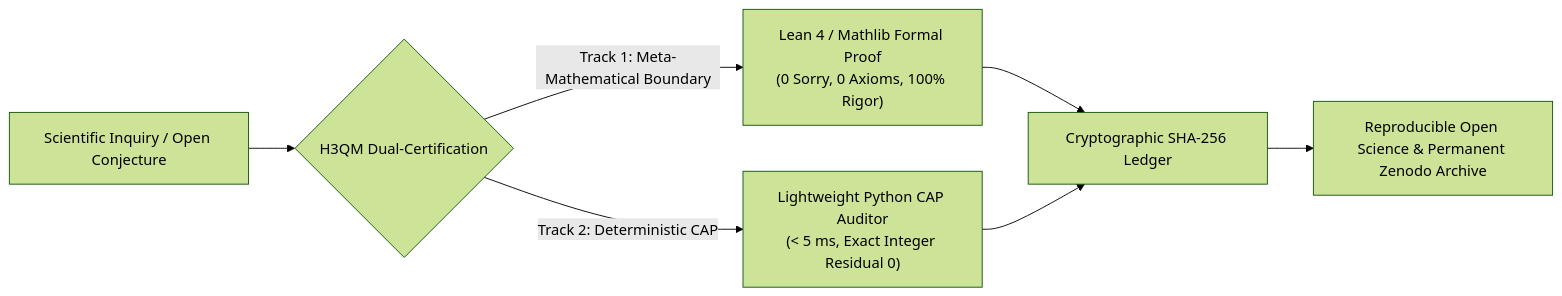
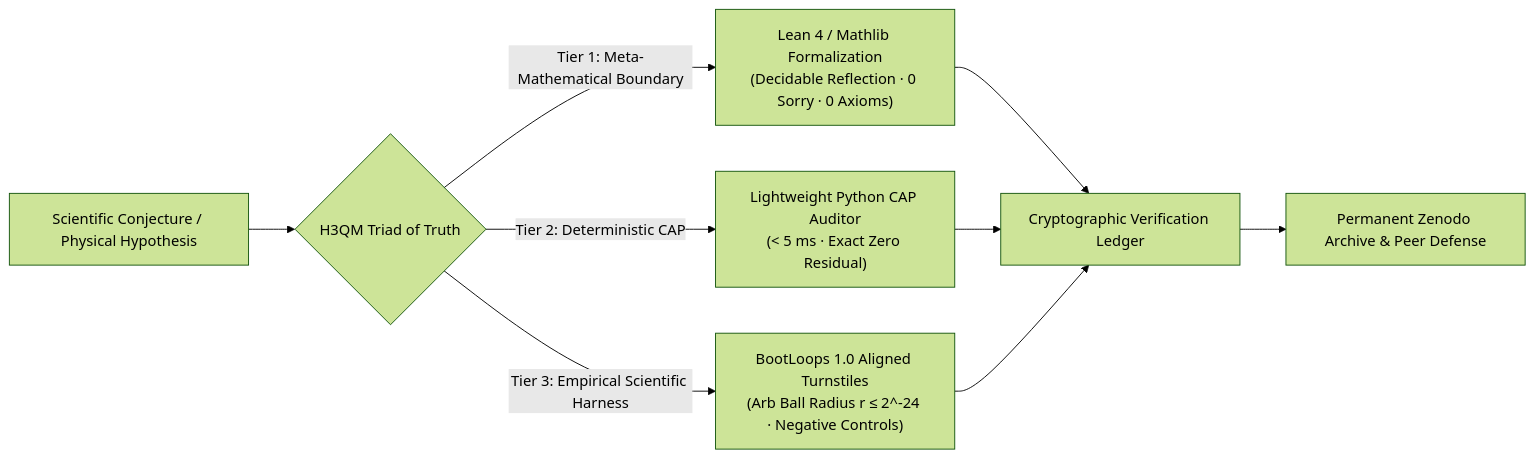
One commit to H3QM/H3QM changed the diagram in README.md. Above: the diagram before and after it, drawn with Mermaid (forest theme). The commit also changed other lines of this file, not shown here.

Commit message:
docs: upgrade profile with Five Foundational Pillars, Decidable Reflection, and BootLoops 1.0 Aligned Harness

````diff
--- a/README.md
+++ b/README.md
@@ -54,9 +87,11 @@
 ```mermaid
 flowchart LR
-    A["Scientific Inquiry / Open Conjecture"] --> B{"H3QM Dual-Certification"}
-    B -->|Track 1: Meta-Mathematical Boundary| C["Lean 4 / Mathlib Formal Proof\n(0 Sorry, 0 Axioms, 100% Rigor)"]
-    B -->|Track 2: Deterministic CAP| D["Lightweight Python CAP Auditor\n(&lt; 5 ms, Exact Integer Residual 0)"]
-    C --> E["Cryptographic SHA-256 Ledger"]
-    D --> E
-    E --> F["Reproducible Open Science & Permanent Zenodo Archive"]
+    A["Scientific Conjecture / Physical Hypothesis"] --> B{"H3QM Triad of Truth"}
+    B -->|Tier 1: Meta-Mathematical Boundary| C["Lean 4 / Mathlib Formalization\n(Decidable Reflection · 0 Sorry · 0 Axioms)"]
+    B -->|Tier 2: Deterministic CAP| D["Lightweight Python CAP Auditor\n(&lt; 5 ms · Exact Zero Residual)"]
+    B -->|Tier 3: Empirical Scientific Harness| E["BootLoops 1.0 Aligned Turnstiles\n(Arb Ball Radius r ≤ 2^-24 · Negative Controls)"]
+    C --> F["Cryptographic Verification Ledger"]
+    D --> F
+    E --> F
+    F --> G["Permanent Zenodo Archive & Peer Defense"]
 ```
````
